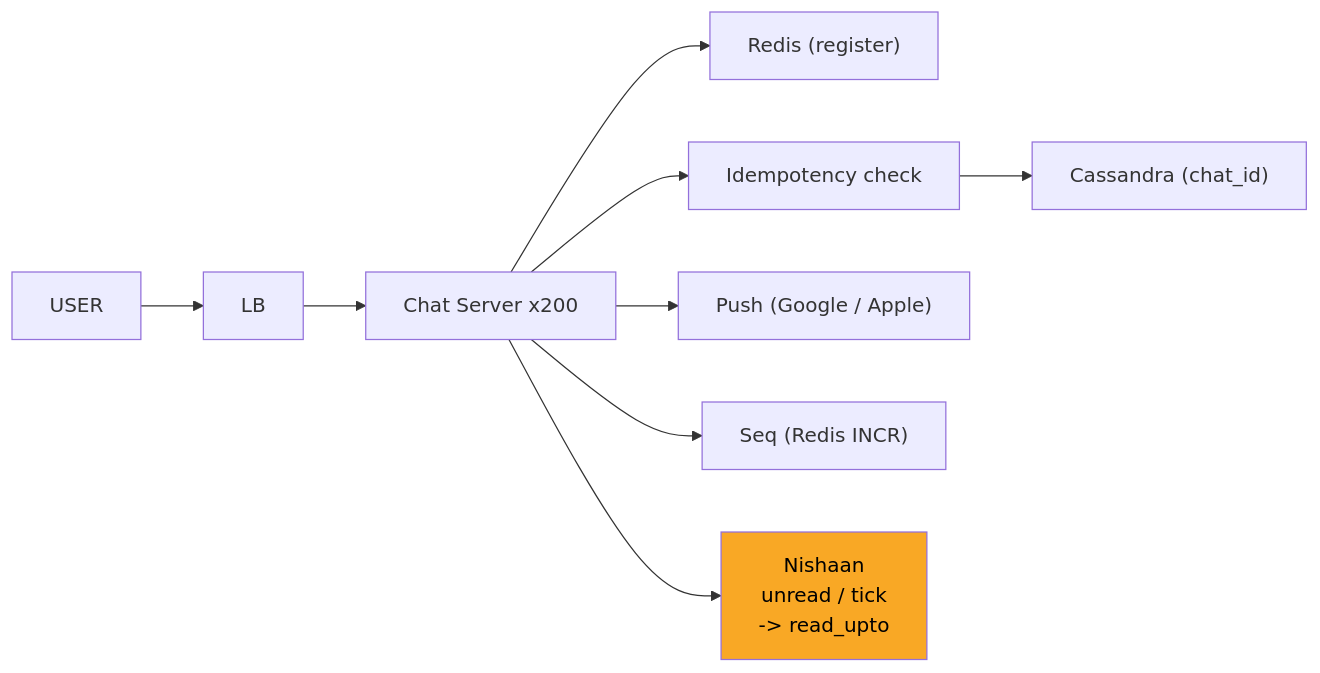
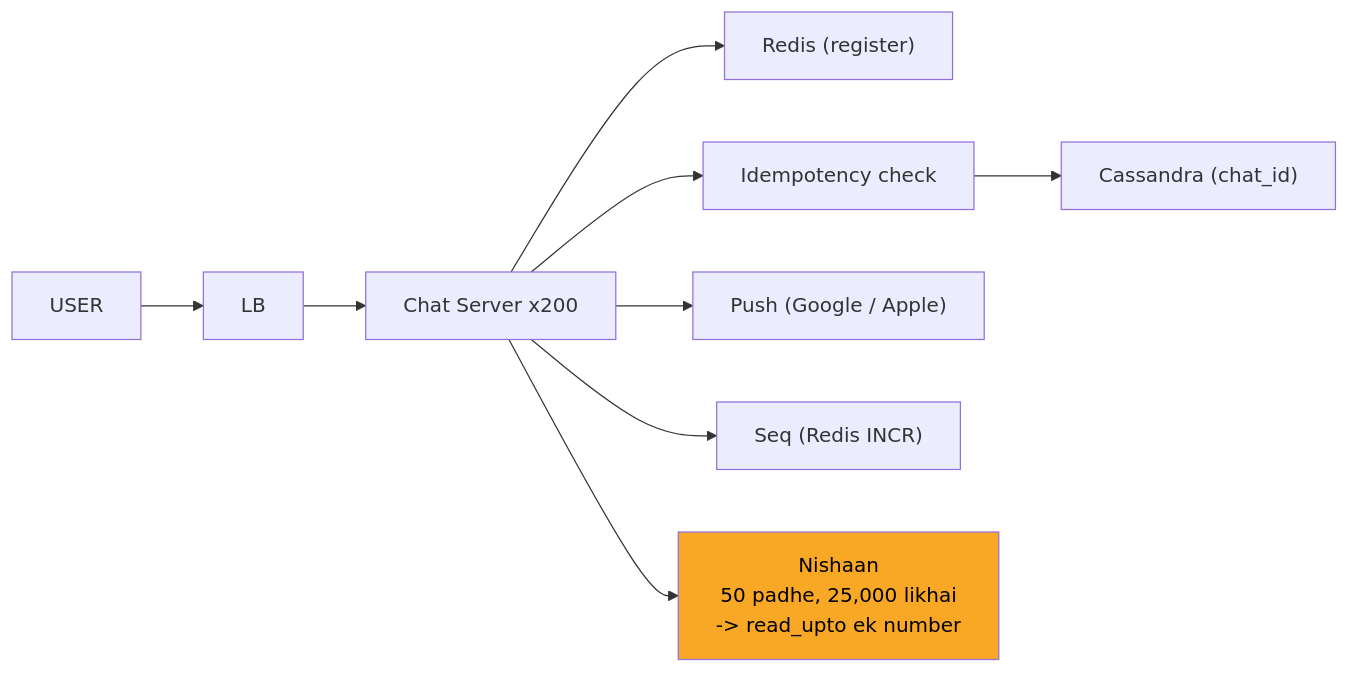
The ninth of 12 diagrams in 04_HLD/SYSTEM_DESIGNS/14_chat_messaging/14_chat_messaging.md (ArpanMaheshwari144/Prep), drawn with Mermaid before and after one commit. The commit also changed other lines of this file, not shown here.

````diff
--- a/04_HLD/SYSTEM_DESIGNS/14_chat_messaging/14_chat_messaging.md
+++ b/04_HLD/SYSTEM_DESIGNS/14_chat_messaging/14_chat_messaging.md
@@ -355,21 +347,21 @@
 ```mermaid
 flowchart LR
     n_U["USER"]
     n_LB["LB"]
     n_CS["Chat Server x200"]
     n_R["Redis (register)"]
     n_I["Idempotency check"]
     n_CA["Cassandra (chat_id)"]
     n_P["Push (Google / Apple)"]
     n_SQ["Seq (Redis INCR)"]
-    n_NS["Nishaan<br/>unread / tick<br/>-> read_upto"]
+    n_NS["Nishaan<br/>50 padhe, 25,000 likhai<br/>-> read_upto ek number"]
     n_U --> n_LB
     n_LB --> n_CS
     n_CS --> n_R
     n_CS --> n_I
     n_I --> n_CA
     n_CS --> n_P
     n_CS --> n_SQ
     n_CS --> n_NS
     style n_NS fill:#f9a825,color:#000
 ```
````
